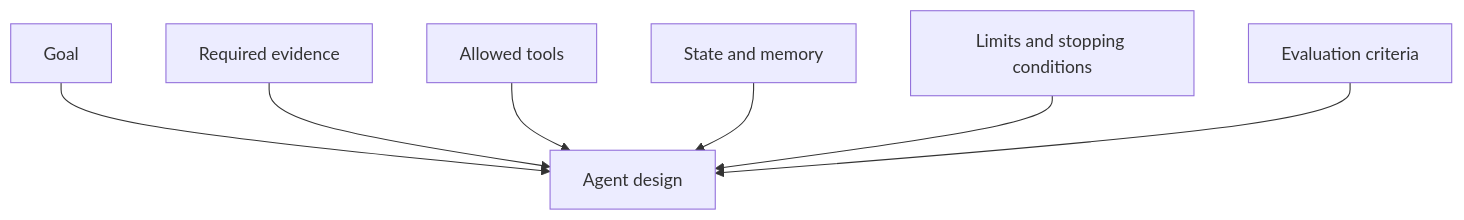
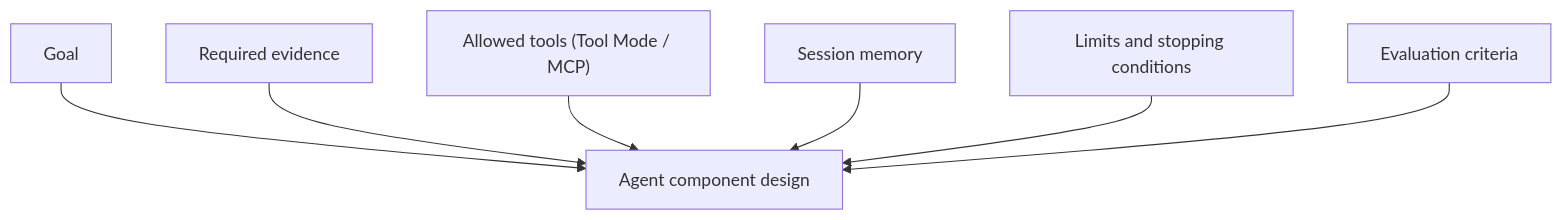
Before and after one commit to naren-allam/agents-beginners: the fifth of 13 diagrams in book/chapters/chapter-05-transitioning-from-traditional-engineering-to-agentic-ai.md, drawn with Mermaid. The commit also changed other lines of this file and 28 other files, not shown here.

````diff
--- a/book/chapters/chapter-05-transitioning-from-traditional-engineering-to-agentic-ai.md
+++ b/book/chapters/chapter-05-transitioning-from-traditional-engineering-to-agentic-ai.md
@@ -141,17 +124,17 @@
 ```mermaid
 flowchart TD
     Goal["Goal"]
     Evidence["Required evidence"]
-    Tools["Allowed tools"]
-    State["State and memory"]
+    Tools["Allowed tools (Tool Mode / MCP)"]
+    State["Session memory"]
     Limits["Limits and stopping conditions"]
     Eval["Evaluation criteria"]
-    AgentDesign["Agent design"]
+    AgentDesign["Agent component design"]
 
     Goal --> AgentDesign
     Evidence --> AgentDesign
     Tools --> AgentDesign
     State --> AgentDesign
     Limits --> AgentDesign
     Eval --> AgentDesign
 ```
````
